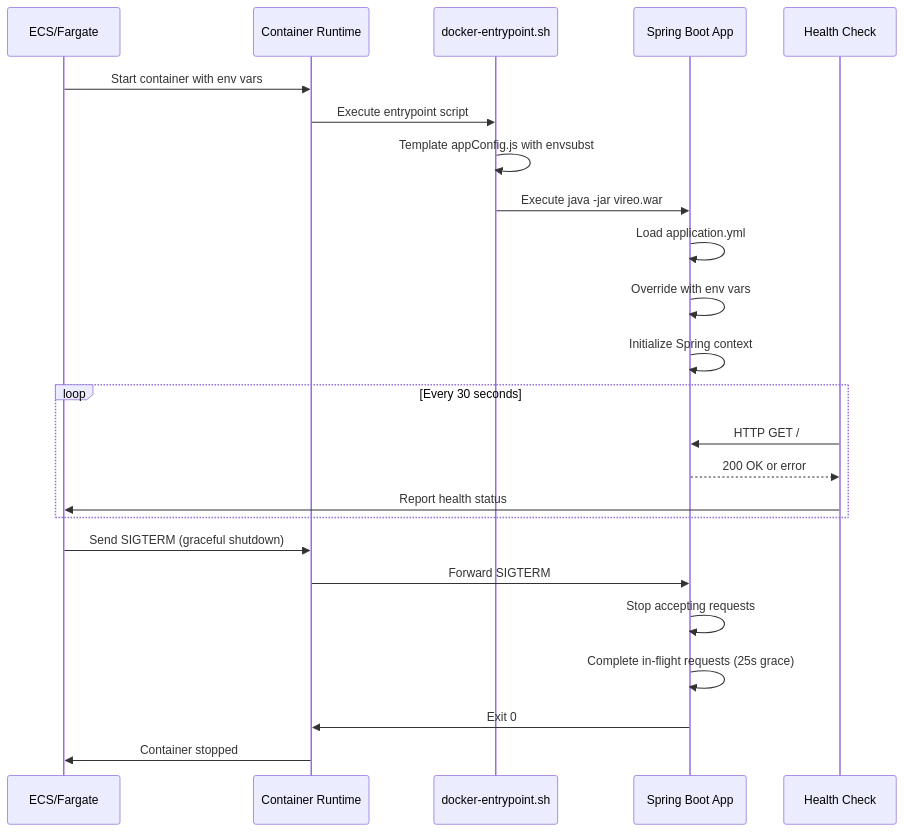
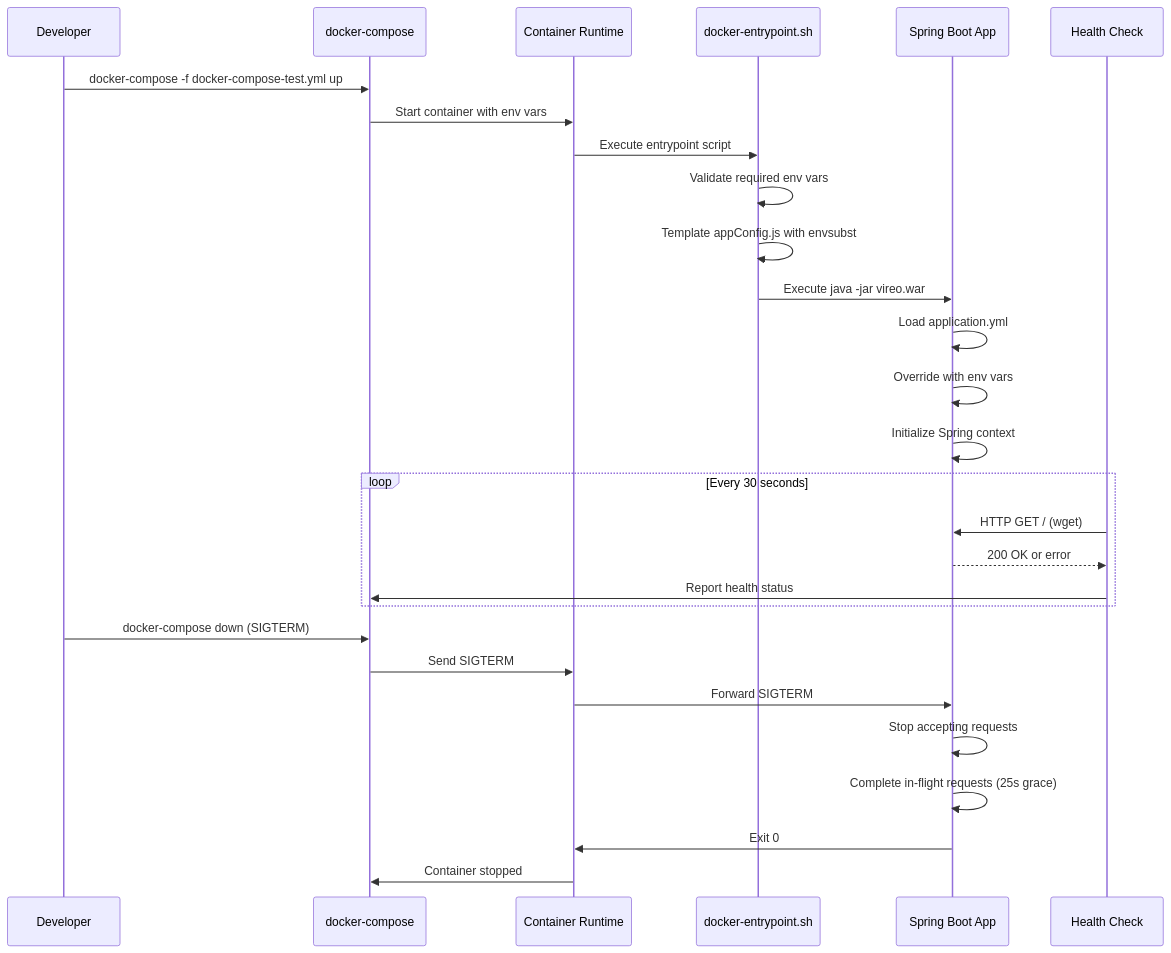
The second of 2 diagrams in .kiro/specs/jhu-docker-image/design.md (jhu-sheridan-libraries/Vireo), drawn with Mermaid before and after one commit. The commit also changed other lines of this file and 2 other files, not shown here.

Commit message:
Update docker image spec

````diff
--- a/.kiro/specs/jhu-docker-image/design.md
+++ b/.kiro/specs/jhu-docker-image/design.md
@@ -63,29 +55,33 @@
 ```mermaid
 sequenceDiagram
-    participant ECS as ECS/Fargate
+    participant Dev as Developer
+    participant Compose as docker-compose
     participant Container as Container Runtime
     participant Entrypoint as docker-entrypoint.sh
     participant App as Spring Boot App
     participant Health as Health Check
-    
-    ECS->>Container: Start container with env vars
+
+    Dev->>Compose: docker-compose -f docker-compose-test.yml up
+    Compose->>Container: Start container with env vars
     Container->>Entrypoint: Execute entrypoint script
+    Entrypoint->>Entrypoint: Validate required env vars
     Entrypoint->>Entrypoint: Template appConfig.js with envsubst
     Entrypoint->>App: Execute java -jar vireo.war
     App->>App: Load application.yml
     App->>App: Override with env vars
     App->>App: Initialize Spring context
-    
+
     loop Every 30 seconds
-        Health->>App: HTTP GET /
+        Health->>App: HTTP GET / (wget)
         App-->>Health: 200 OK or error
-        Health->>ECS: Report health status
+        Health->>Compose: Report health status
     end
-    
-    ECS->>Container: Send SIGTERM (graceful shutdown)
+
+    Dev->>Compose: docker-compose down (SIGTERM)
+    Compose->>Container: Send SIGTERM
     Container->>App: Forward SIGTERM
     App->>App: Stop accepting requests
     App->>App: Complete in-flight requests (25s grace)
     App->>Container: Exit 0
-    Container->>ECS: Container stopped
+    Container->>Compose: Container stopped
 ```
````
